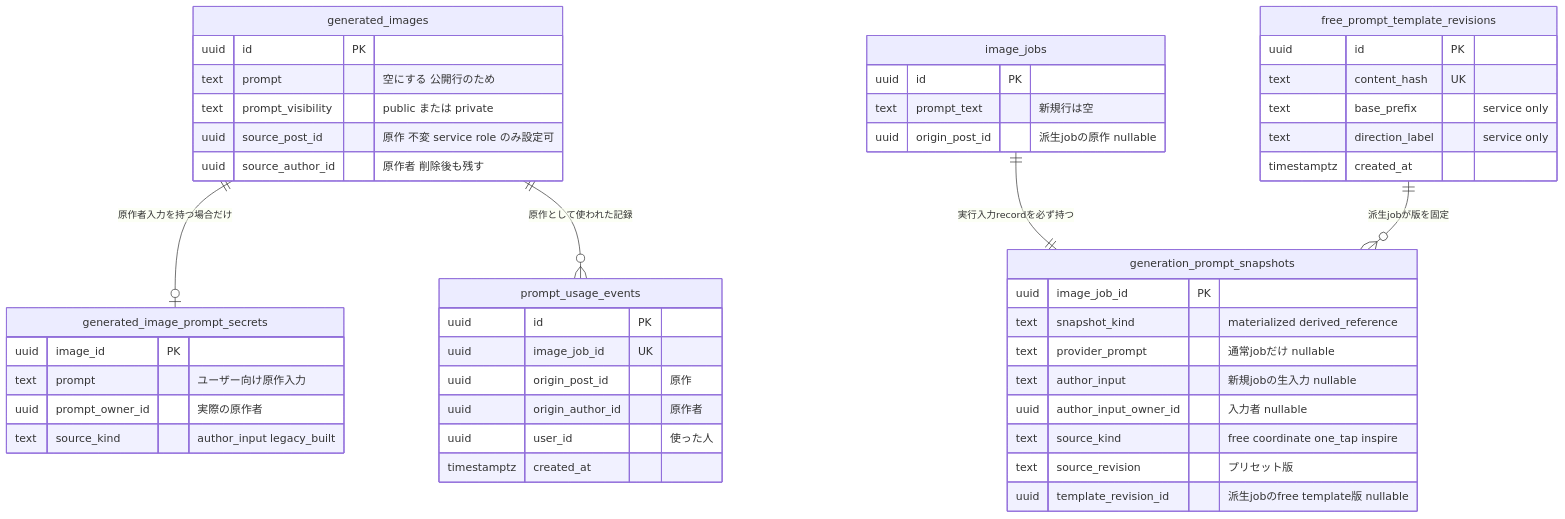
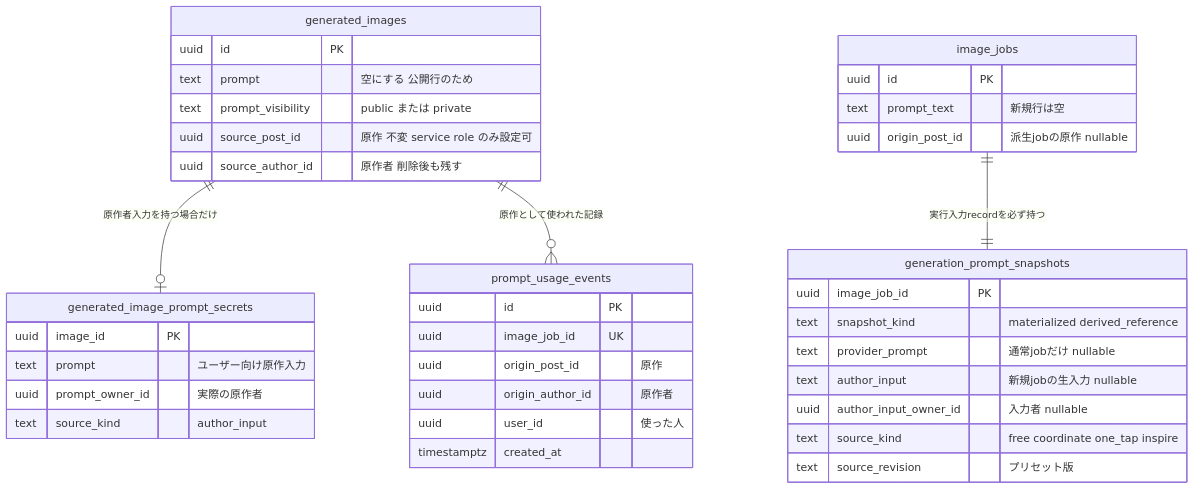
One commit to 3balljugglerYu/ai_coordinate changed the fifth of 6 diagrams in docs/planning/free-prompt-private-mode-implementation-plan.md. Above: the diagram before and after it, drawn with Mermaid. The commit also changed other lines of this file and 2 other files, not shown here.

````diff
--- a/docs/planning/free-prompt-private-mode-implementation-plan.md
+++ b/docs/planning/free-prompt-private-mode-implementation-plan.md
@@ -285,50 +297,41 @@
 ```mermaid
 erDiagram
     generated_images ||--o| generated_image_prompt_secrets : "原作者入力を持つ場合だけ"
     image_jobs ||--|| generation_prompt_snapshots : "実行入力recordを必ず持つ"
-    free_prompt_template_revisions ||--o{ generation_prompt_snapshots : "派生jobが版を固定"
     generated_images ||--o{ prompt_usage_events : "原作として使われた記録"
     generated_image_prompt_secrets {
         uuid image_id PK
         text prompt "ユーザー向け原作入力"
         uuid prompt_owner_id "実際の原作者"
-        text source_kind "author_input legacy_built"
+        text source_kind "author_input"
     }
     generation_prompt_snapshots {
         uuid image_job_id PK
         text snapshot_kind "materialized derived_reference"
         text provider_prompt "通常jobだけ nullable"
         text author_input "新規jobの生入力 nullable"
         uuid author_input_owner_id "入力者 nullable"
         text source_kind "free coordinate one_tap inspire"
         text source_revision "プリセット版"
-        uuid template_revision_id "派生jobのfree template版 nullable"
-    }
-    free_prompt_template_revisions {
-        uuid id PK
-        text content_hash UK
-        text base_prefix "service only"
-        text direction_label "service only"
-        timestamptz created_at
     }
     image_jobs {
         uuid id PK
         text prompt_text "新規行は空"
         uuid origin_post_id "派生jobの原作 nullable"
     }
     generated_images {
         uuid id PK
         text prompt "空にする 公開行のため"
         text prompt_visibility "public または private"
         uuid source_post_id "原作 不変 service role のみ設定可"
         uuid source_author_id "原作者 削除後も残す"
     }
     prompt_usage_events {
         uuid id PK
         uuid image_job_id UK
         uuid origin_post_id "原作"
         uuid origin_author_id "原作者"
         uuid user_id "使った人"
         timestamptz created_at
     }
 ```
````
